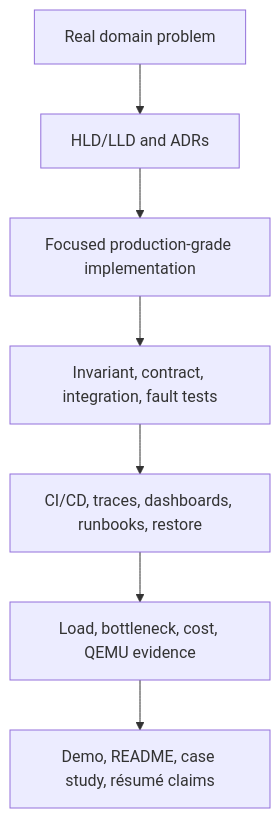
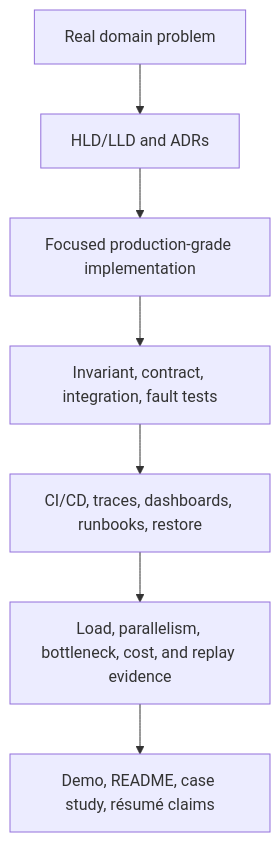
Before and after one commit to parth10-05/FleetForge: the diagram in docs/implementation-plan/15-portfolio-release-and-evidence.md, drawn with Mermaid. The commit also changed other lines of this file and 47 other files, not shown here.

Commit message:
docs(architecture): adopt synthetic virtual BMC

````diff
--- a/docs/implementation-plan/15-portfolio-release-and-evidence.md
+++ b/docs/implementation-plan/15-portfolio-release-and-evidence.md
@@ -24,9 +24,9 @@
 ```mermaid
 flowchart TD
   Problem[Real domain problem] --> Design[HLD/LLD and ADRs]
   Design --> Implementation[Focused production-grade implementation]
   Implementation --> Tests[Invariant, contract, integration, fault tests]
   Tests --> Operations[CI/CD, traces, dashboards, runbooks, restore]
-  Operations --> Measurement[Load, bottleneck, cost, QEMU evidence]
+  Operations --> Measurement[Load, parallelism, bottleneck, cost, and replay evidence]
   Measurement --> Narrative[Demo, README, case study, résumé claims]
 ```
````
